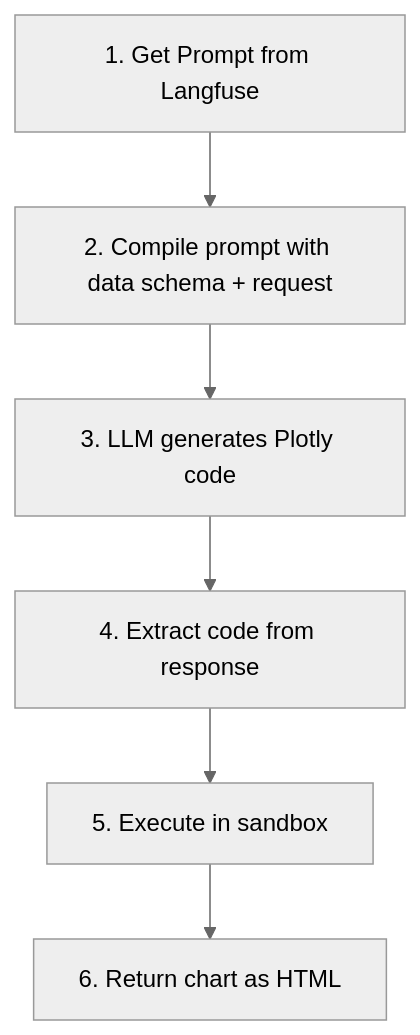
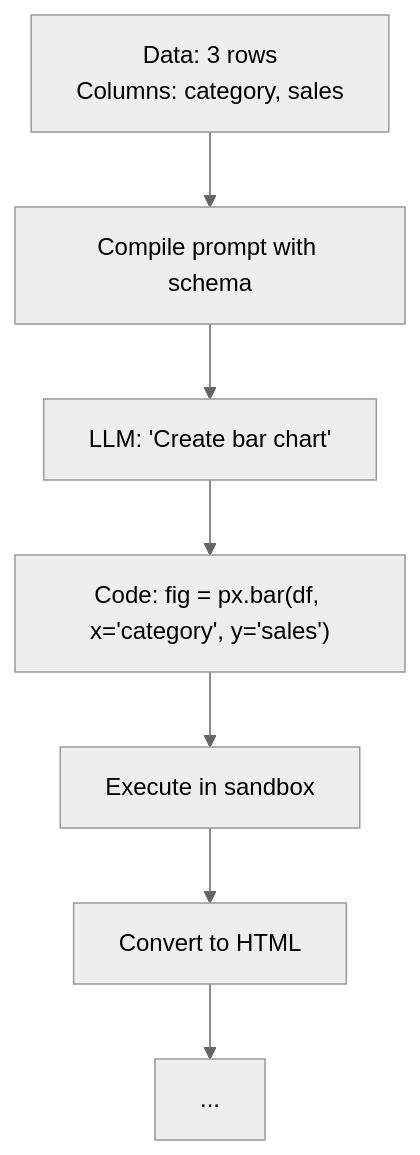
The fifth of 5 diagrams in docs/multi-agent-systems/modules/tools/visualization/main.md (mhokchuekchuek/mtl_agent), drawn with Mermaid (neutral theme) before and after one commit. The commit also changed other lines of this file and 2 other files, not shown here.

First line of the commit message:
docs(tools): add detailed flow diagrams for VectorDB and Visualization tools

````diff
--- a/docs/multi-agent-systems/modules/tools/visualization/main.md
+++ b/docs/multi-agent-systems/modules/tools/visualization/main.md
@@ -35,8 +166,9 @@
 ```mermaid
 flowchart TD
-    A[1. Get Prompt from Langfuse] --> B[2. Compile prompt with data schema + request]
-    B --> C[3. LLM generates Plotly code]
-    C --> D[4. Extract code from response]
-    D --> E[5. Execute in sandbox]
-    E --> F[6. Return chart as HTML]
+    A["Data: 3 rows<br/>Columns: category, sales"] --> B[Compile prompt with schema]
+    B --> C["LLM: 'Create bar chart'"]
+    C --> D["Code: fig = px.bar(df, x='category', y='sales')"]
+    D --> E[Execute in sandbox]
+    E --> F[Convert to HTML]
+    F --> G["<div id='plotly-chart'>...</div>"]
 ```
````
